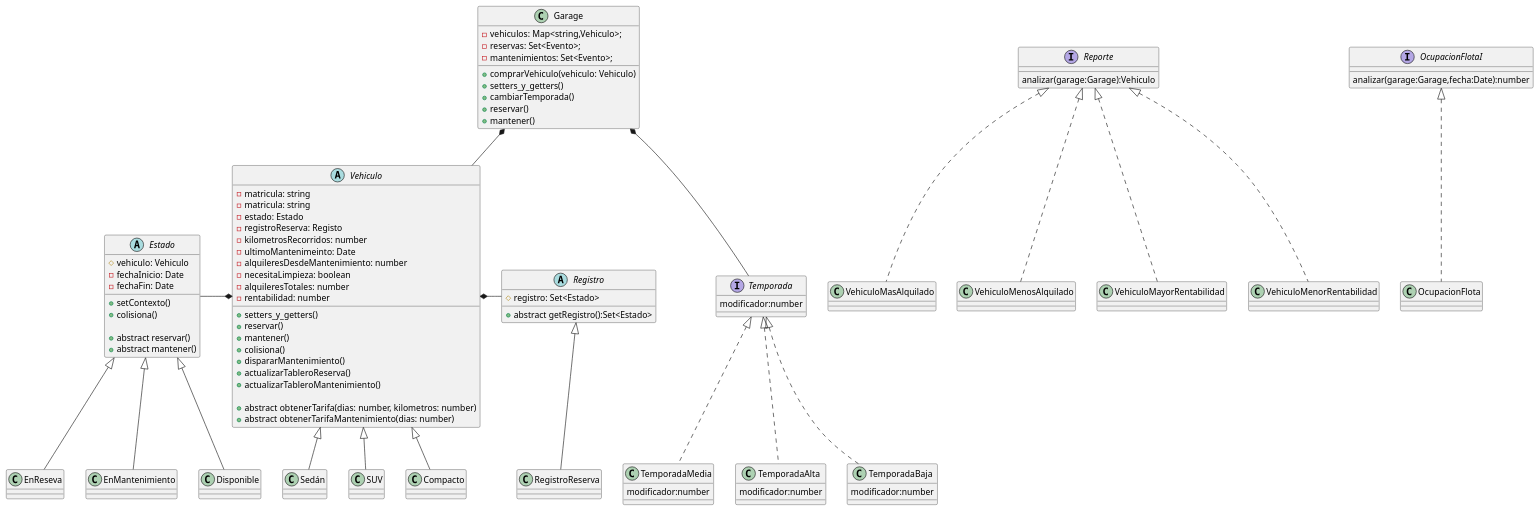
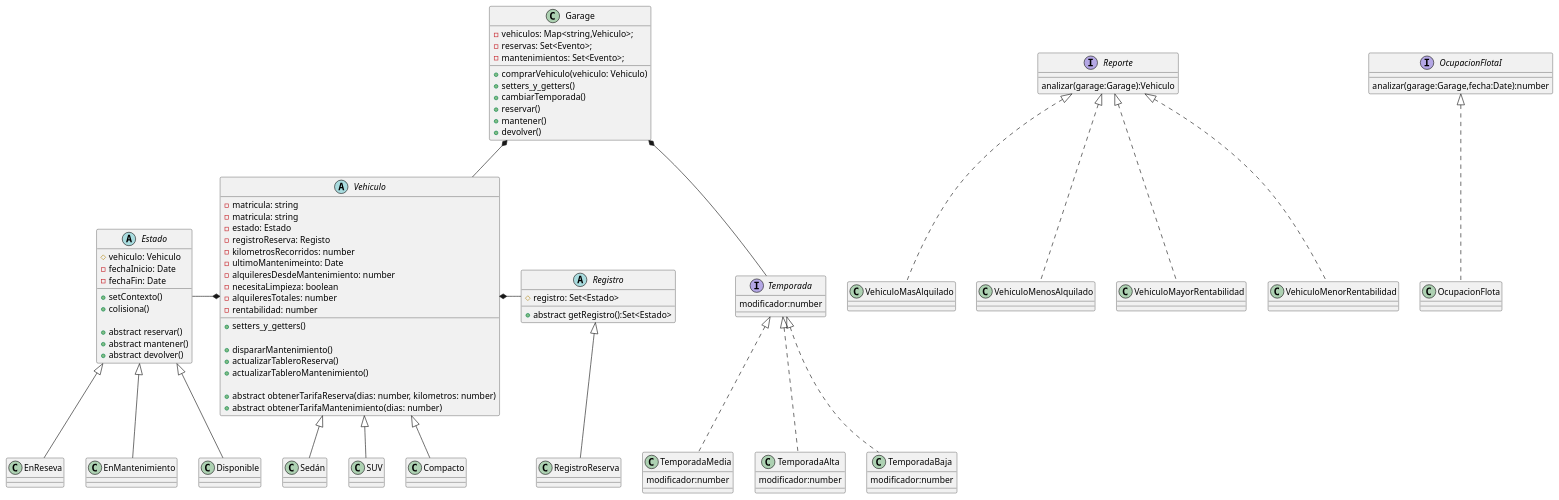
One commit to AlejoSuarez-37/Trabajo-Practico-Grupo16 changed the diagram in diagramas/clases/clases.puml. Above: the diagram before and after it, drawn with PlantUML. The commit also changed 10 other files, not shown here.

Commit message:
solo se puede reservar y mantener cuando esta disponible

```diff
--- a/diagramas/clases/clases.puml
+++ b/diagramas/clases/clases.puml
@@ -1,121 +1,121 @@
 @startuml Diagrama de clases
 class Garage {
     - vehiculos: Map<string,Vehiculo>;
     - reservas: Set<Evento>;
     - mantenimientos: Set<Evento>;
     
     + comprarVehiculo(vehiculo: Vehiculo)
     + setters_y_getters()
     + cambiarTemporada()
     + reservar()
     + mantener()
+    + devolver()
 }
 
 abstract class Vehiculo {
     - matricula: string
     - matricula: string
     - estado: Estado
     - registroReserva: Registo
     - kilometrosRecorridos: number
     - ultimoMantenimeinto: Date
     - alquileresDesdeMantenimiento: number
     - necesitaLimpieza: boolean
     - alquileresTotales: number
     - rentabilidad: number
 
     + setters_y_getters()
-    + reservar()
-    + mantener()
-    + colisiona()
+
     + dispararMantenimiento()
     + actualizarTableroReserva()
     + actualizarTableroMantenimiento()
 
-    + abstract obtenerTarifa(dias: number, kilometros: number)
+    + abstract obtenerTarifaReserva(dias: number, kilometros: number)
     + abstract obtenerTarifaMantenimiento(dias: number)
 }
 class Compacto {
 
 }
 class Sedán {
 
 }
 class SUV {
 
 }
 
 abstract class Estado{
     # vehiculo: Vehiculo
     - fechaInicio: Date
     - fechaFin: Date
 
     + setContexto()
     + colisiona()
 
     + abstract reservar()
     + abstract mantener()
+    + abstract devolver()
 }
 class Disponible {
 
 }
 class EnReseva {
 
 }
 class EnMantenimiento {
 
 }
 
 abstract class Registro {
     # registro: Set<Estado>
     + abstract getRegistro():Set<Estado>
 }
 class RegistroReserva {}
 
 interface Reporte {
     analizar(garage:Garage):Vehiculo
 }
 class VehiculoMasAlquilado implements Reporte {}
 class VehiculoMenosAlquilado implements Reporte {}
 class VehiculoMayorRentabilidad implements Reporte {}
 class VehiculoMenorRentabilidad implements Reporte {}
 
 interface OcupacionFlotaI {
     analizar(garage:Garage,fecha:Date):number
 }
 class OcupacionFlota implements OcupacionFlotaI {}
 
 
 interface Temporada {
     modificador:number
 }
 class TemporadaBaja implements Temporada{
     modificador:number
 }
 class TemporadaMedia implements Temporada{
     modificador:number  
 }
 class TemporadaAlta implements Temporada{
     modificador:number
 }
 
 
 ' Relaciones
 
 
 Garage *-d- Vehiculo
 Garage *-- Temporada
 
 Vehiculo <|-- Compacto
 Vehiculo <|-- Sedán
 Vehiculo <|-- SUV
 
 Vehiculo *-l- Estado
 Vehiculo *-r- Registro
 
 Estado <|-- Disponible
 Estado <|-- EnReseva
 Estado <|-- EnMantenimiento
 
 Registro <|-- RegistroReserva
 
 @enduml
```
